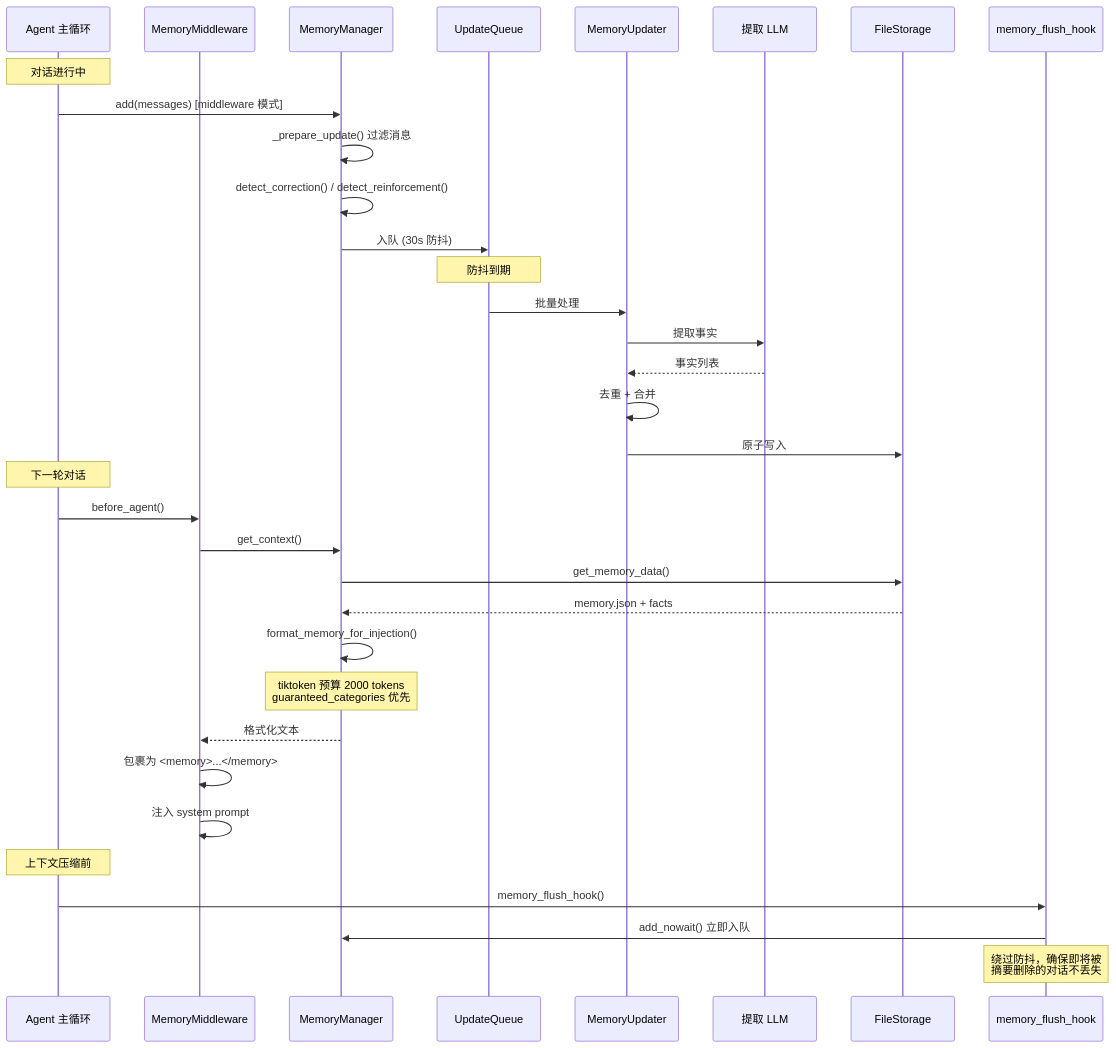
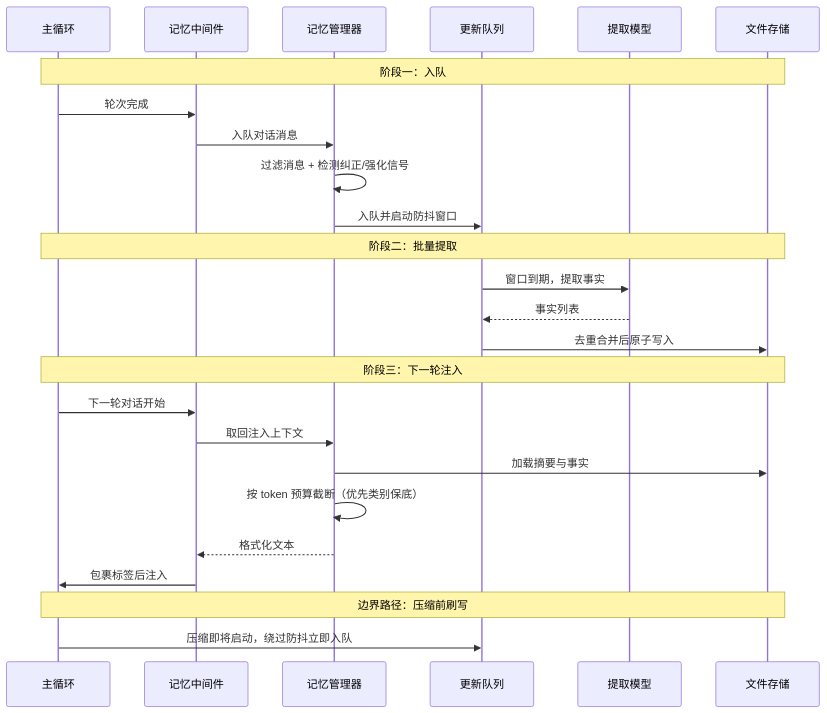
Before and after one commit to MKEy777/agent: the fourth of 4 diagrams in docs/deer-flow/06-memory.md, drawn with Mermaid. The commit also changed other lines of this file and 114 other files, not shown here.

First line of the commit message:
Add comprehensive documentation for Agent architecture and protocols

````diff
--- a/docs/deer-flow/06-memory.md
+++ b/docs/deer-flow/06-memory.md
@@ -80,40 +84,31 @@
 ```mermaid
 sequenceDiagram
-    participant Agent as Agent 主循环
-    participant MW as MemoryMiddleware
-    participant Manager as MemoryManager
-    participant Queue as UpdateQueue
-    participant Updater as MemoryUpdater
-    participant LLM as 提取 LLM
-    participant Storage as FileStorage
-    participant Flush as memory_flush_hook
+    participant A as 主循环
+    participant MW as 记忆中间件
+    participant M as 记忆管理器
+    participant Q as 更新队列
+    participant L as 提取模型
+    participant S as 文件存储
 
-    Note over Agent: 对话进行中
-    Agent->>Manager: add(messages) [middleware 模式]
-    Manager->>Manager: _prepare_update() 过滤消息
-    Manager->>Manager: detect_correction() / detect_reinforcement()
-    Manager->>Queue: 入队 (30s 防抖)
-    
-    Note over Queue: 防抖到期
-    Queue->>Updater: 批量处理
-    Updater->>LLM: 提取事实
-    LLM-->>Updater: 事实列表
-    Updater->>Updater: 去重 + 合并
-    Updater->>Storage: 原子写入
-    
-    Note over Agent: 下一轮对话
-    Agent->>MW: before_agent()
-    MW->>Manager: get_context()
-    Manager->>Storage: get_memory_data()
-    Storage-->>Manager: memory.json + facts
-    Manager->>Manager: format_memory_for_injection()
-    Note over Manager: tiktoken 预算 2000 tokens<br/>guaranteed_categories 优先
-    Manager-->>MW: 格式化文本
-    MW->>MW: 包裹为 <memory>...</memory>
-    MW->>MW: 注入 system prompt
-    
-    Note over Agent: 上下文压缩前
-    Agent->>Flush: memory_flush_hook()
-    Flush->>Manager: add_nowait() 立即入队
-    Note over Flush: 绕过防抖，确保即将被<br/>摘要删除的对话不丢失
+    Note over A,S: 阶段一：入队
+    A->>MW: 轮次完成
+    MW->>M: 入队对话消息
+    M->>M: 过滤消息 + 检测纠正/强化信号
+    M->>Q: 入队并启动防抖窗口
+
+    Note over A,S: 阶段二：批量提取
+    Q->>L: 窗口到期，提取事实
+    L-->>Q: 事实列表
+    Q->>S: 去重合并后原子写入
+
+    Note over A,S: 阶段三：下一轮注入
+    A->>MW: 下一轮对话开始
+    MW->>M: 取回注入上下文
+    M->>S: 加载摘要与事实
+    M->>M: 按 token 预算截断（优先类别保底）
+    M-->>MW: 格式化文本
+    MW->>A: 包裹标签后注入
+
+    Note over A,S: 边界路径：压缩前刷写
+    A->>Q: 压缩即将启动，绕过防抖立即入队
 ```
````
